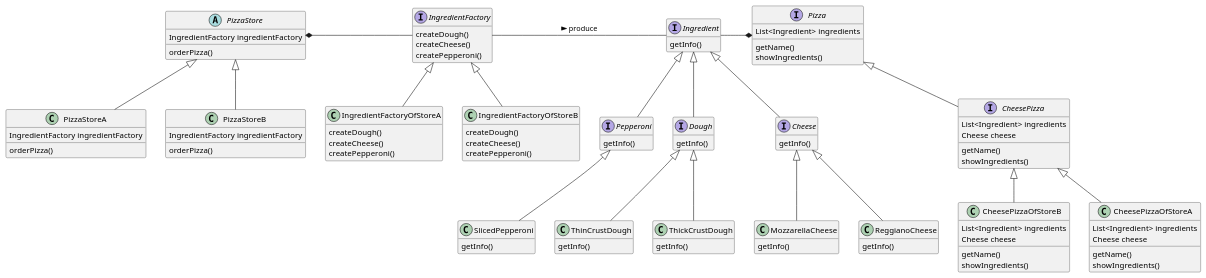
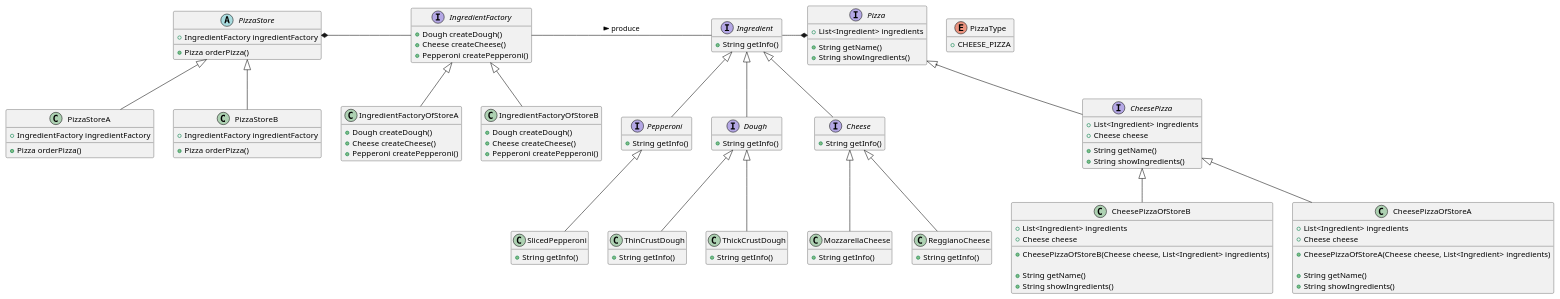
The diagram in AbstractFactoryPattern/example.puml (gama79530/DesignPattern), drawn with PlantUML before and after one commit. The commit also changed 20 other files, not shown here.

```diff
--- a/AbstractFactoryPattern/example.puml
+++ b/AbstractFactoryPattern/example.puml
@@ -1,129 +1,141 @@
 @startuml example
 hide empty members
 
 interface Ingredient{
-    getInfo()
+    + String getInfo()
 }
 
 interface Dough{
-    getInfo()
+    + String getInfo()
 }
 
 class ThickCrustDough{
-    getInfo()
+    + String getInfo()
 }
 
 class ThinCrustDough{
-    getInfo()
+    + String getInfo()
 }
 
 interface Cheese{
-    getInfo()
+    + String getInfo()
 }
 
 class ReggianoCheese{
-    getInfo()
+    + String getInfo()
 }
 
 class MozzarellaCheese{
-    getInfo()
+    + String getInfo()
 }
 
 
 interface Pepperoni{
-    getInfo()
+    + String getInfo()
 }
 
 class SlicedPepperoni{
-    getInfo()
+    + String getInfo()
+}
+
+enum PizzaType{
+    + CHEESE_PIZZA
 }
 
 interface Pizza{
-    List<Ingredient> ingredients
-    getName()
-    showIngredients()
+    + List<Ingredient> ingredients
+
+    + String getName()
+    + String showIngredients()
 }
 
 interface CheesePizza{
-    List<Ingredient> ingredients
-    Cheese cheese 
-    getName()
-    showIngredients()
+    + List<Ingredient> ingredients
+    + Cheese cheese 
+    
+    + String getName()
+    + String showIngredients()
 }
 
 class CheesePizzaOfStoreA{
-    List<Ingredient> ingredients
-    Cheese cheese 
-    getName()
-    showIngredients()
+    + List<Ingredient> ingredients
+    + Cheese cheese 
+    
+    + CheesePizzaOfStoreA(Cheese cheese, List<Ingredient> ingredients)
+    
+    + String getName()
+    + String showIngredients()
 }
 
 
 class CheesePizzaOfStoreB{
-    List<Ingredient> ingredients
-    Cheese cheese 
-    getName()
-    showIngredients()
+    + List<Ingredient> ingredients
+    + Cheese cheese 
+    
+    + CheesePizzaOfStoreB(Cheese cheese, List<Ingredient> ingredients)
+
+    + String getName()
+    + String showIngredients()
 }
 
 interface IngredientFactory{
-    createDough()
-    createCheese()
-    createPepperoni()
+    + Dough createDough()
+    + Cheese createCheese()
+    + Pepperoni createPepperoni()
 }
 
 class IngredientFactoryOfStoreA{
-    createDough()
-    createCheese()
-    createPepperoni()
+    + Dough createDough()
+    + Cheese createCheese()
+    + Pepperoni createPepperoni()
 }
 
 class IngredientFactoryOfStoreB{
-    createDough()
-    createCheese()
-    createPepperoni()
+    + Dough createDough()
+    + Cheese createCheese()
+    + Pepperoni createPepperoni()
 }
 
 abstract class PizzaStore{
-    IngredientFactory ingredientFactory
-    orderPizza()
+    + IngredientFactory ingredientFactory
+    + Pizza orderPizza()
 }
 
 class PizzaStoreA{
-    IngredientFactory ingredientFactory
-    orderPizza()
+    + IngredientFactory ingredientFactory
+    + Pizza orderPizza()
 }
 
 class PizzaStoreB{
-    IngredientFactory ingredientFactory
-    orderPizza()
+    + IngredientFactory ingredientFactory
+    + Pizza orderPizza()
 }
 
 Ingredient <|-- Dough
 Ingredient <|-- Cheese
 Ingredient <|-- Pepperoni
 
 Dough <|-- ThickCrustDough
 Dough <|-- ThinCrustDough
 
 Cheese <|-- ReggianoCheese
 Cheese <|-- MozzarellaCheese
 
 Pepperoni <|-- SlicedPepperoni
 
 Pizza <|-- CheesePizza
 
 CheesePizza <|-- CheesePizzaOfStoreA
 CheesePizza <|-- CheesePizzaOfStoreB
 
 IngredientFactory <|-- IngredientFactoryOfStoreA
 IngredientFactory <|-- IngredientFactoryOfStoreB
 
 PizzaStore <|-- PizzaStoreA
 PizzaStore <|-- PizzaStoreB
 
 IngredientFactory - Ingredient : > produce
 Pizza *-left- Ingredient 
 PizzaStore *- IngredientFactory
 
 @enduml
```
